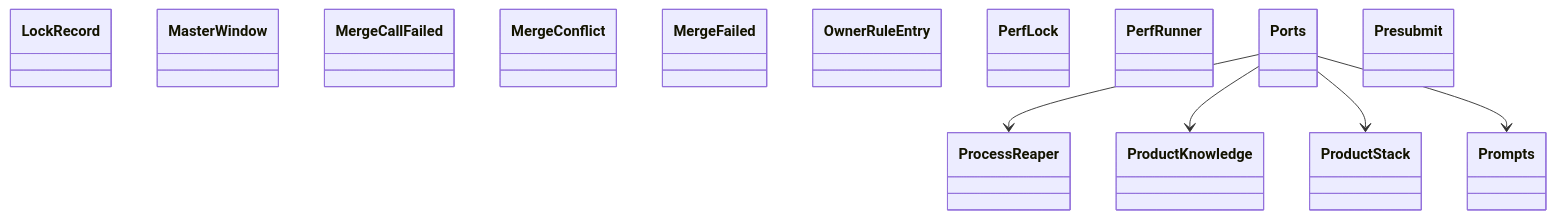
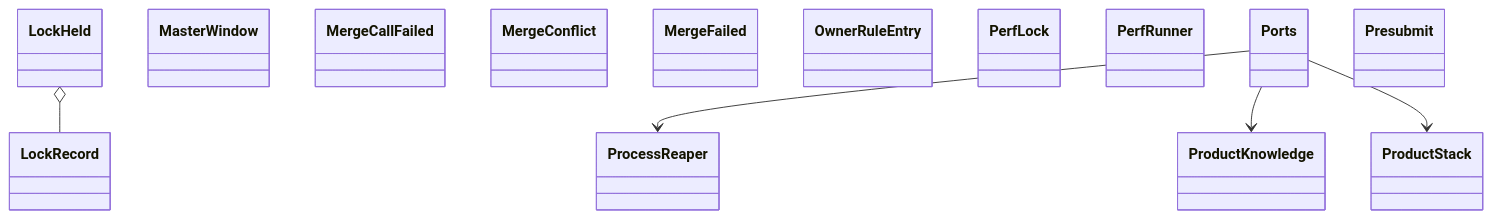
One commit to GonzaloZevallos/agentic-system changed the diagram in docs/architecture/generated/classes-process-application-support-4.md. Above: the diagram before and after it, drawn with Mermaid. The commit also changed other lines of this file and 21 other files, not shown here.

````diff
--- a/docs/architecture/generated/classes-process-application-support-4.md
+++ b/docs/architecture/generated/classes-process-application-support-4.md
@@ -20,21 +20,21 @@
 ```mermaid
 classDiagram
+    class ports__LockHeld["LockHeld"]
     class ports__LockRecord["LockRecord"]
     class ports__MasterWindow["MasterWindow"]
     class ports__MergeCallFailed["MergeCallFailed"]
     class ports__MergeConflict["MergeConflict"]
     class ports__MergeFailed["MergeFailed"]
     class ports__OwnerRuleEntry["OwnerRuleEntry"]
     class ports__PerfLock["PerfLock"]
     class ports__PerfRunner["PerfRunner"]
     class ports__Ports["Ports"]
     class ports__Presubmit["Presubmit"]
     class ports__ProcessReaper["ProcessReaper"]
     class ports__ProductKnowledge["ProductKnowledge"]
     class ports__ProductStack["ProductStack"]
-    class ports__Prompts["Prompts"]
+    ports__LockHeld o-- ports__LockRecord
     ports__Ports --> ports__ProcessReaper
     ports__Ports --> ports__ProductKnowledge
     ports__Ports --> ports__ProductStack
-    ports__Ports --> ports__Prompts
 ```
````
